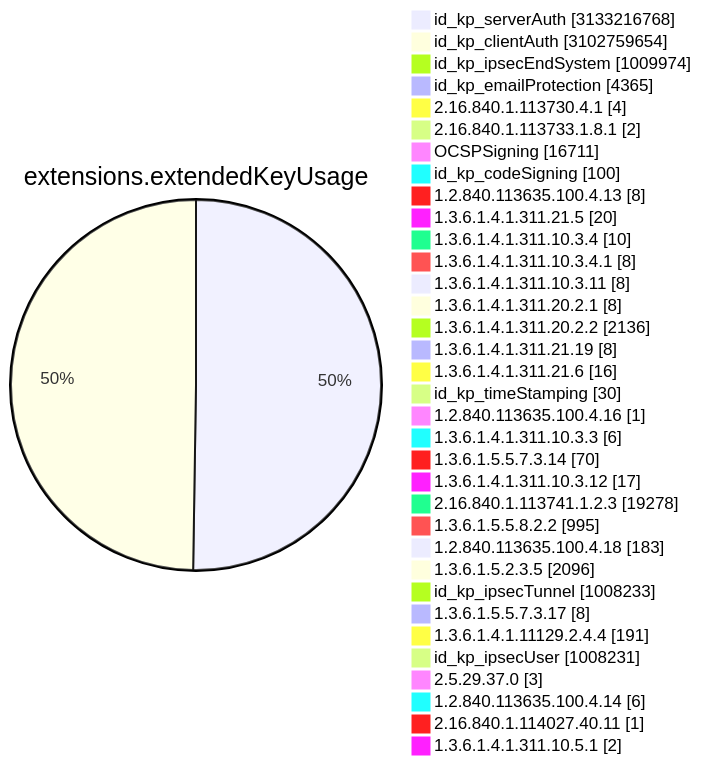
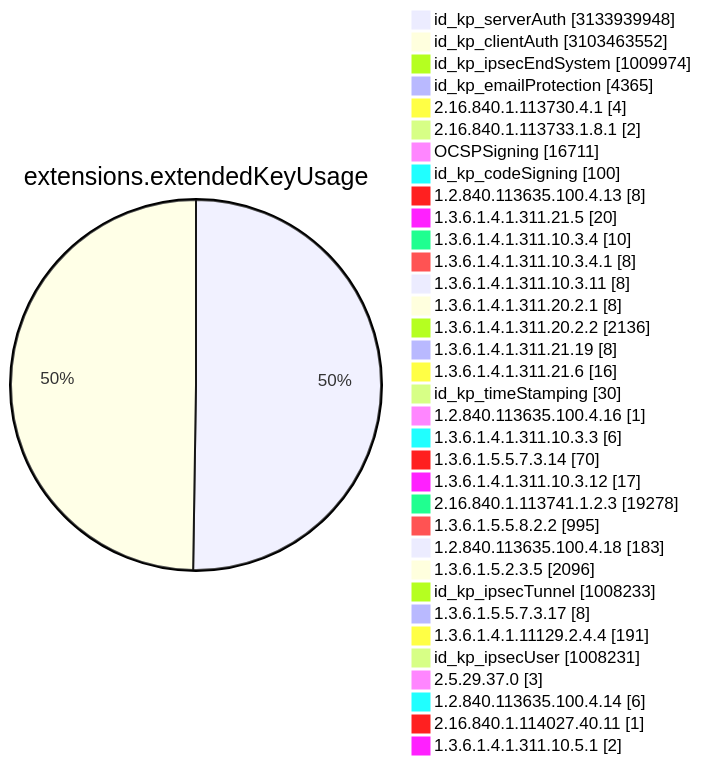
One commit to christiankrug/ctmonitor_visualization changed diagram 11 of 15 in TOTAL/README.md. Above: the diagram before and after it, drawn with Mermaid. The commit also changed other lines of this file, not shown here.

````diff
--- a/TOTAL/README.md
+++ b/TOTAL/README.md
@@ -4117,38 +4117,38 @@
 ```mermaid
 pie showData
 title extensions.extendedKeyUsage
-"id_kp_serverAuth" :3133216768
-"id_kp_clientAuth" :3102759654
+"id_kp_serverAuth" :3133939948
+"id_kp_clientAuth" :3103463552
 "id_kp_ipsecEndSystem" :1009974
 "id_kp_emailProtection" :4365
 "2.16.840.1.113730.4.1" :4
 "2.16.840.1.113733.1.8.1" :2
 "OCSPSigning" :16711
 "id_kp_codeSigning" :100
 "1.2.840.113635.100.4.13" :8
 "1.3.6.1.4.1.311.21.5" :20
 "1.3.6.1.4.1.311.10.3.4" :10
 "1.3.6.1.4.1.311.10.3.4.1" :8
 "1.3.6.1.4.1.311.10.3.11" :8
 "1.3.6.1.4.1.311.20.2.1" :8
 "1.3.6.1.4.1.311.20.2.2" :2136
 "1.3.6.1.4.1.311.21.19" :8
 "1.3.6.1.4.1.311.21.6" :16
 "id_kp_timeStamping" :30
 "1.2.840.113635.100.4.16" :1
 "1.3.6.1.4.1.311.10.3.3" :6
 "1.3.6.1.5.5.7.3.14" :70
 "1.3.6.1.4.1.311.10.3.12" :17
 "2.16.840.1.113741.1.2.3" :19278
 "1.3.6.1.5.5.8.2.2" :995
 "1.2.840.113635.100.4.18" :183
 "1.3.6.1.5.2.3.5" :2096
 "id_kp_ipsecTunnel" :1008233
 "1.3.6.1.5.5.7.3.17" :8
 "1.3.6.1.4.1.11129.2.4.4" :191
 "id_kp_ipsecUser" :1008231
 "2.5.29.37.0" :3
 "1.2.840.113635.100.4.14" :6
 "2.16.840.1.114027.40.11" :1
 "1.3.6.1.4.1.311.10.5.1" :2
 ```
````
